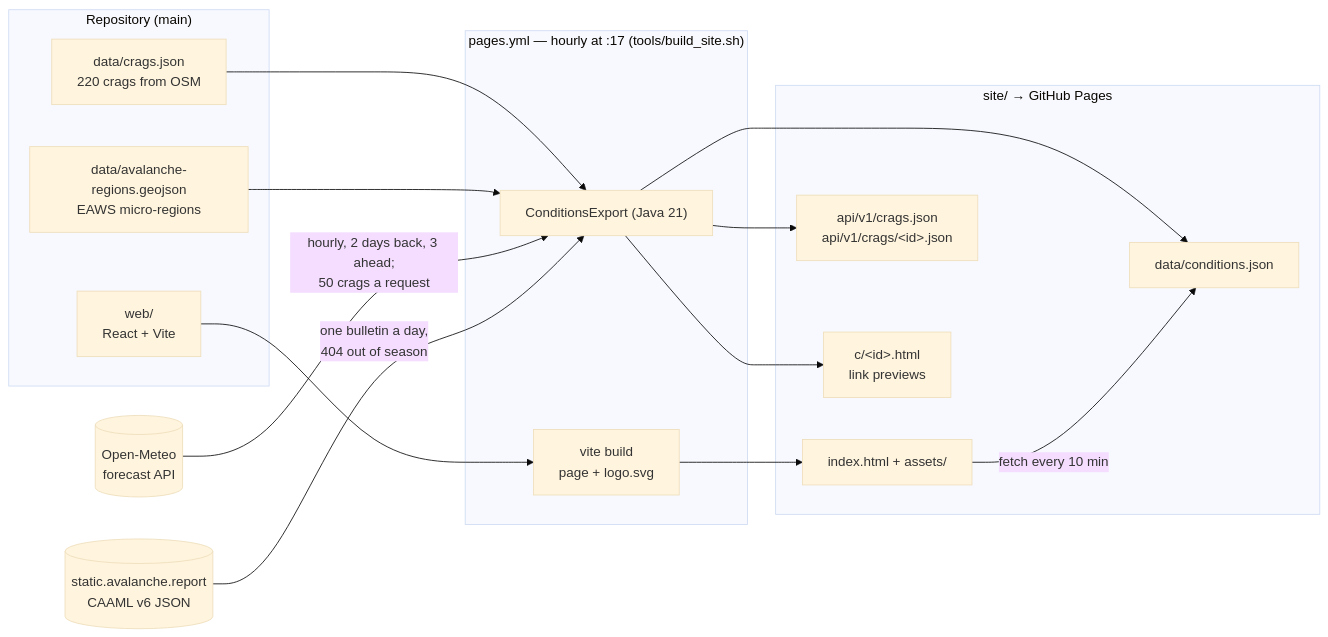
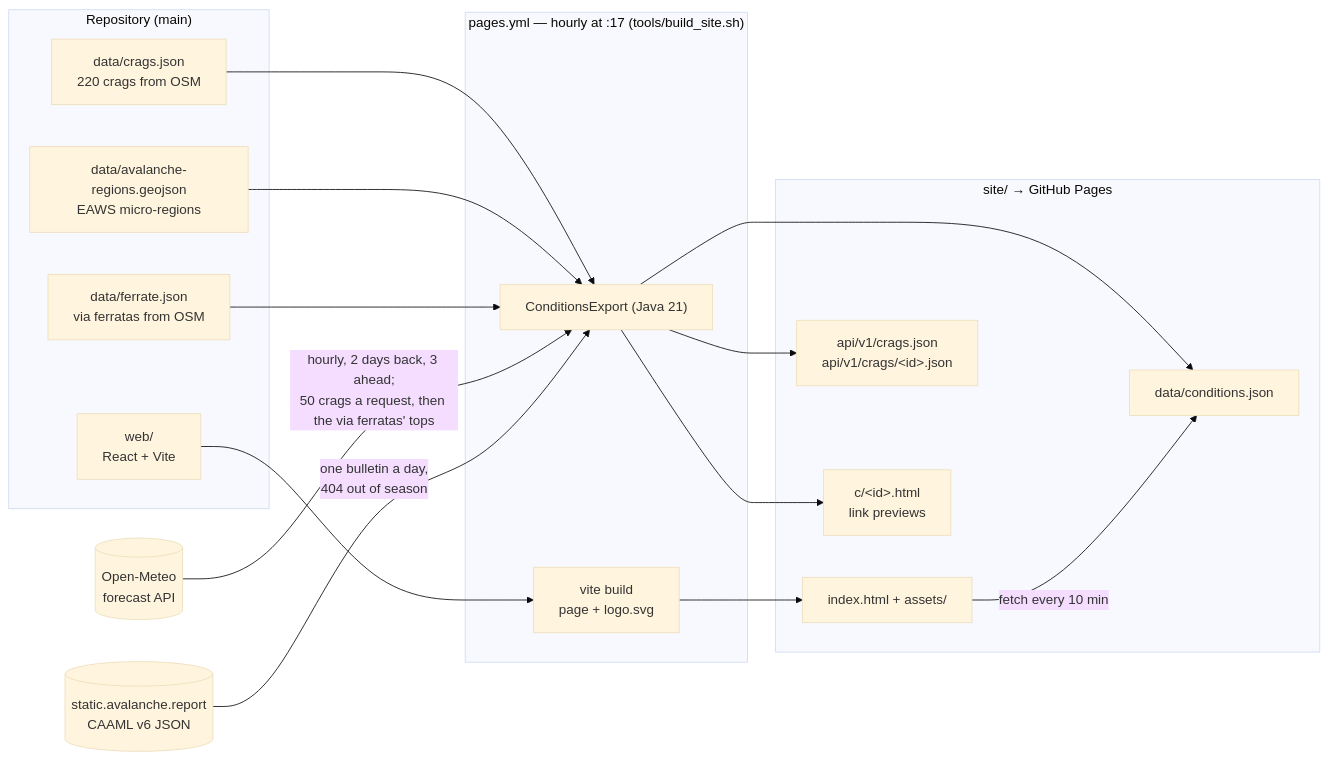
Before and after one commit to Allan-Nava/cragcast: the first of 2 diagrams in docs/ARCHITECTURE.md, drawn with Mermaid (base theme). The commit also changed other lines of this file and 27 other files, not shown here.

Commit message:
Via ferratas on the page: their own switch, mark and verdict at the top (CG-114)

````diff
--- a/docs/ARCHITECTURE.md
+++ b/docs/ARCHITECTURE.md
@@ -19,27 +19,29 @@
 ```mermaid
 flowchart LR
   subgraph repo["Repository (main)"]
     crags["data/crags.json<br/>220 crags from OSM"]
     regions["data/avalanche-regions.geojson<br/>EAWS micro-regions"]
+    ferrate["data/ferrate.json<br/>via ferratas from OSM"]
     web["web/<br/>React + Vite"]
   end
   subgraph action["pages.yml — hourly at :17 (tools/build_site.sh)"]
     vite["vite build<br/>page + logo.svg"]
     export["ConditionsExport (Java 21)"]
   end
   meteo[("Open-Meteo<br/>forecast API")]
   eaws[("static.avalanche.report<br/>CAAML v6 JSON")]
   subgraph site["site/ → GitHub Pages"]
     page["index.html + assets/"]
     data["data/conditions.json"]
     api["api/v1/crags.json<br/>api/v1/crags/&lt;id&gt;.json"]
     share["c/&lt;id&gt;.html<br/>link previews"]
   end
   web --> vite --> page
   crags --> export
   regions --> export
-  meteo -- "hourly, 2 days back, 3 ahead;<br/>50 crags a request" --> export
+  ferrate --> export
+  meteo -- "hourly, 2 days back, 3 ahead;<br/>50 crags a request, then the via ferratas' tops" --> export
   eaws -- "one bulletin a day,<br/>404 out of season" --> export
   export --> data & api & share
   page -- "fetch every 10 min" --> data
 ```
````
